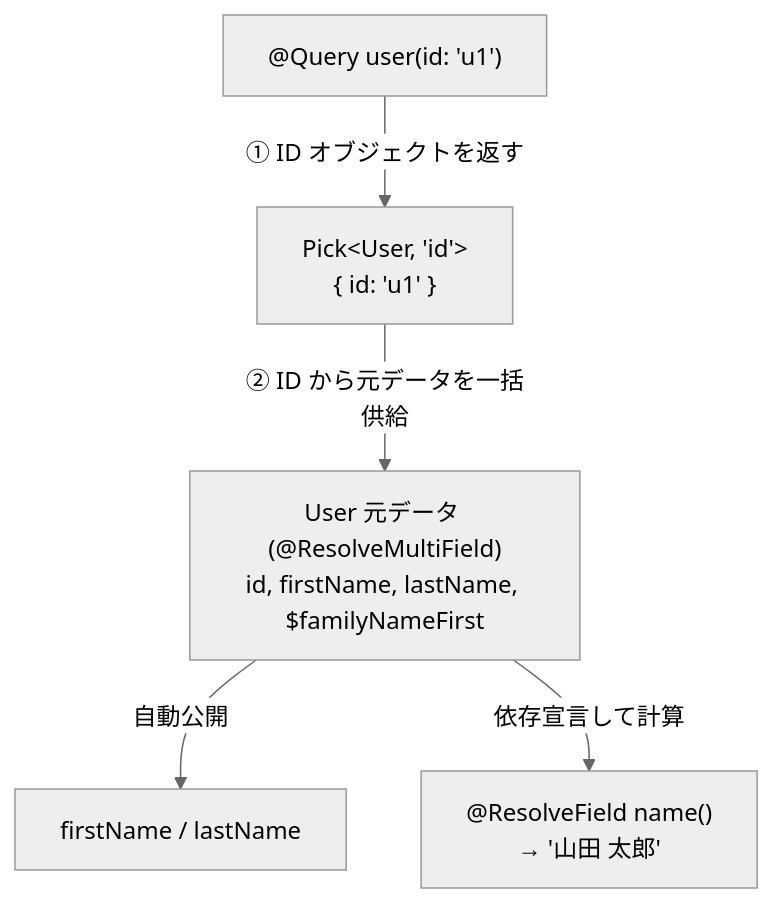
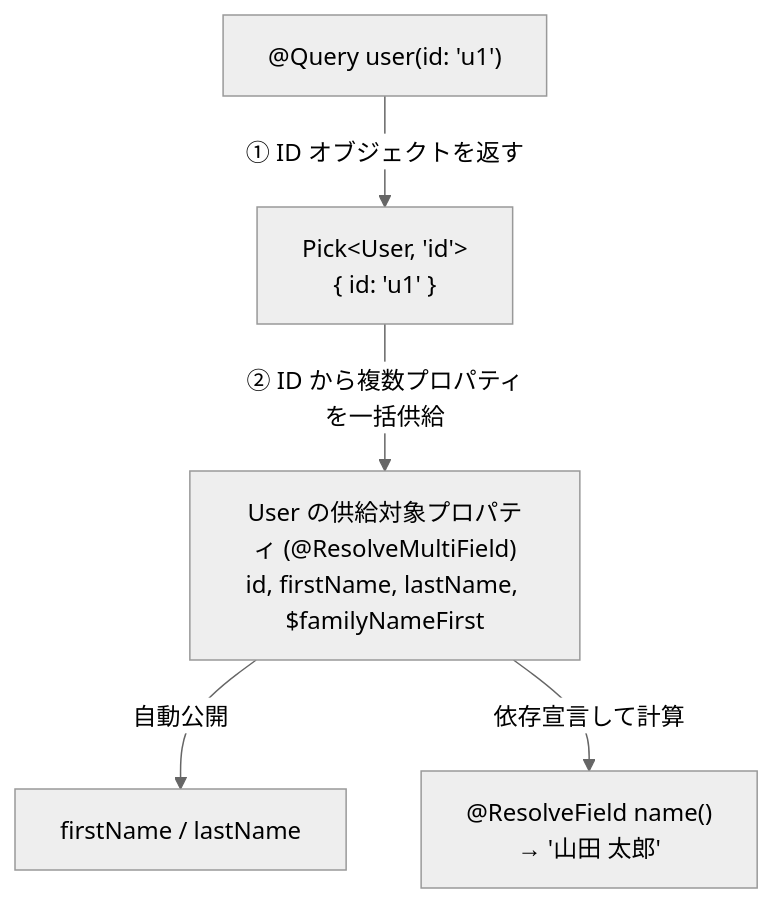
Before and after one commit to zeltjs/zelt: the second of 3 diagrams in website/i18n/ja/docusaurus-plugin-content-docs/current/graphql.md, drawn with Mermaid (neutral theme). The commit also changed other lines of this file and 8 other files, not shown here.

First line of the commit message:
fix(graphql): resolve fields declared in model types

````diff
--- a/website/i18n/ja/docusaurus-plugin-content-docs/current/graphql.md
+++ b/website/i18n/ja/docusaurus-plugin-content-docs/current/graphql.md
@@ -183,8 +187,8 @@
 ```mermaid
 flowchart TD
     Query["@Query user(id: 'u1')"] -->|① ID オブジェクトを返す| UserID["Pick&lt;User, 'id'&gt;<br/>{ id: 'u1' }"]
-    UserID -->|② ID から元データを一括供給| UserSource["User 元データ (@ResolveMultiField)<br/>id, firstName, lastName, $familyNameFirst"]
+    UserID -->|② ID から複数プロパティを一括供給| UserSource["User の供給対象プロパティ (@ResolveMultiField)<br/>id, firstName, lastName, $familyNameFirst"]
 
     UserSource -->|自動公開| FieldFirst["firstName / lastName"]
     UserSource -->|依存宣言して計算| FieldName["@ResolveField name()<br/>→ '山田 太郎'"]
 ```
````
